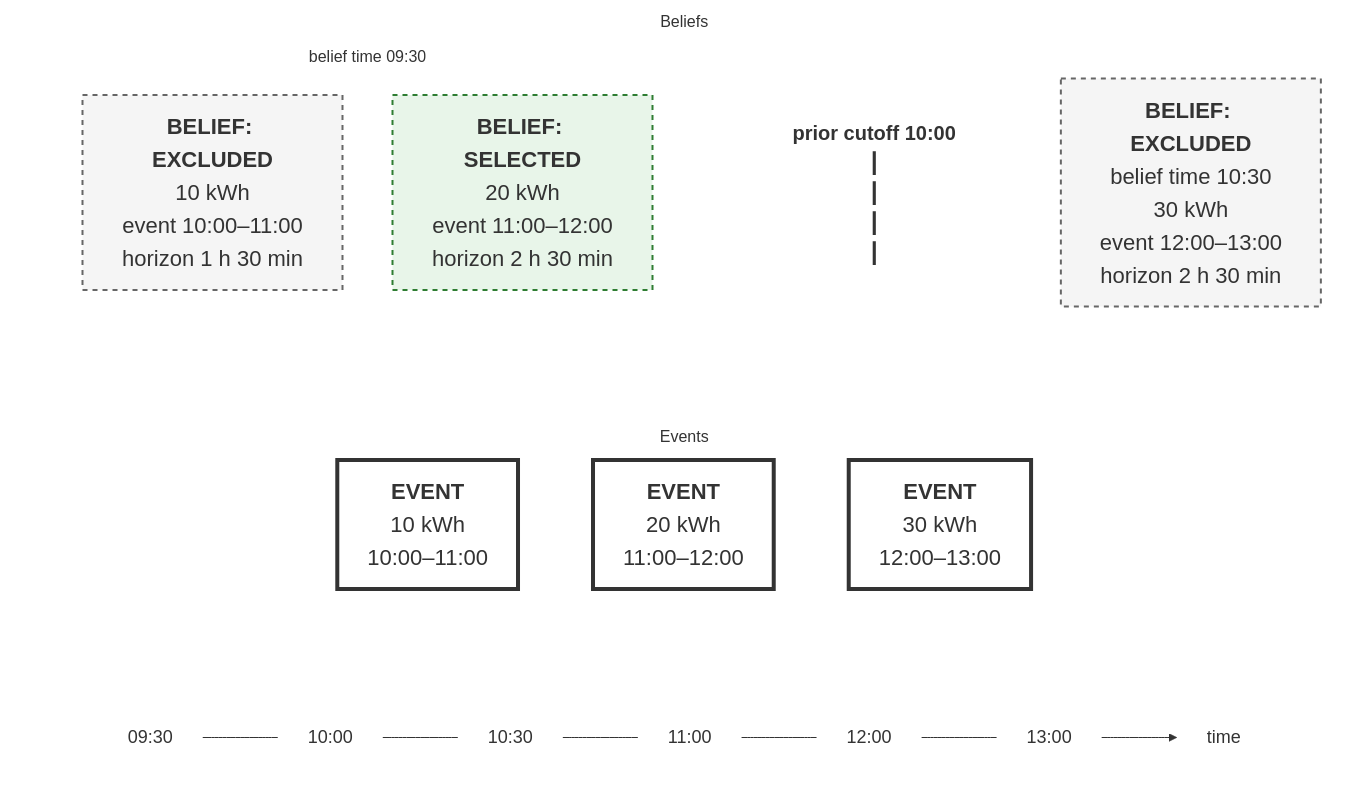
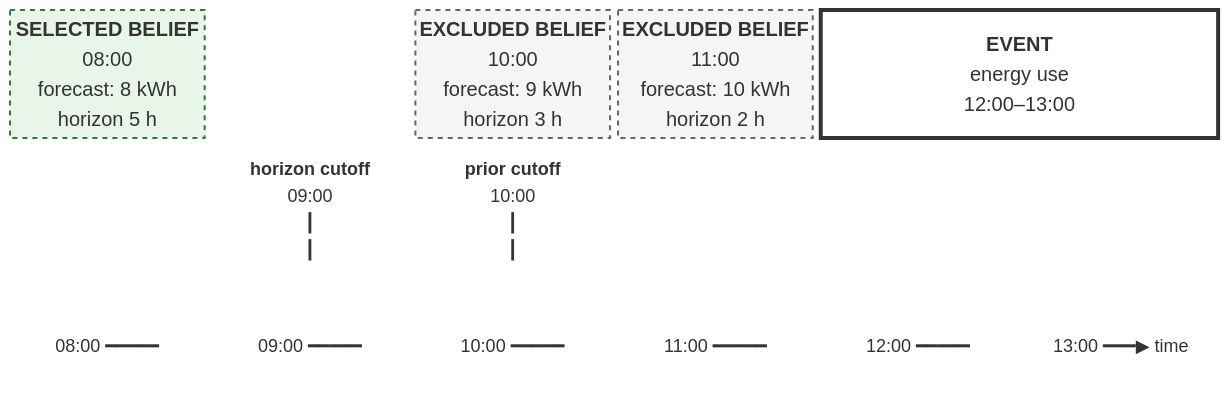
The second of 2 diagrams in documentation/concepts/time-series-and-beliefs.rst (FlexMeasures/flexmeasures), drawn with Mermaid before and after one commit. The commit also changed other lines of this file, not shown here.

Commit message:
docs: simplify belief query example

```diff
--- a/documentation/concepts/time-series-and-beliefs.rst
+++ b/documentation/concepts/time-series-and-beliefs.rst
@@ -144,44 +146,18 @@
 .. mermaid::
 
-   flowchart TB
-       subgraph BELIEFS["Beliefs"]
-           direction LR
-           subgraph SAME_TIME["belief time 09:30"]
-               direction TB
-               B10["<b>BELIEF: EXCLUDED</b><br/>10 kWh<br/>event 10:00–11:00<br/>horizon 1 h 30 min"]
-               B20["<b>BELIEF: SELECTED</b><br/>20 kWh<br/>event 11:00–12:00<br/>horizon 2 h 30 min"]
-           end
-           PRIOR["<b>prior cutoff 10:00</b><br/>┃<br/>┃<br/>┃<br/>┃"]
-           B30["<b>BELIEF: EXCLUDED</b><br/>belief time 10:30<br/>30 kWh<br/>event 12:00–13:00<br/>horizon 2 h 30 min"]
-           B10 ~~~ PRIOR ~~~ B30
-           B20 ~~~ PRIOR
-       end
+   block-beta
+       columns 6
+       B08["<b>SELECTED BELIEF</b><br/>08:00<br/>forecast: 8 kWh<br/>horizon 5 h"] space B10["<b>EXCLUDED BELIEF</b><br/>10:00<br/>forecast: 9 kWh<br/>horizon 3 h"] B11["<b>EXCLUDED BELIEF</b><br/>11:00<br/>forecast: 10 kWh<br/>horizon 2 h"] E["<b>EVENT</b><br/>energy use<br/>12:00–13:00"]:2
+       space HCUT["<b>horizon cutoff</b><br/>09:00<br/>┃<br/>┃"] PCUT["<b>prior cutoff</b><br/>10:00<br/>┃<br/>┃"] space:3
+       T08["08:00 ━━━━━"] T09["09:00 ━━━━━"] T10["10:00 ━━━━━"] T11["11:00 ━━━━━"] T12["12:00 ━━━━━"] T13["13:00 ━━━▶ time"]
 
-       subgraph EVENTS["Events"]
-           direction LR
-           E10["<b>EVENT</b><br/>10 kWh<br/>10:00–11:00"]
-           E20["<b>EVENT</b><br/>20 kWh<br/>11:00–12:00"]
-           E30["<b>EVENT</b><br/>30 kWh<br/>12:00–13:00"]
-           E10 ~~~ E20 ~~~ E30
-       end
-
-       subgraph TIMELINE[" "]
-           direction LR
-           T0930["09:30"] --- T1000["10:00"] --- T1030["10:30"] --- T1100["11:00"] --- T1200["12:00"] --- T1300["13:00"] --> TIME["time"]
-       end
-
-       classDef excludedBelief fill:#f5f5f5,stroke:#666,stroke-width:2px,stroke-dasharray:5 5,font-size:22px
-       classDef selectedBelief fill:#e8f5e9,stroke:#2e7d32,stroke-width:2px,stroke-dasharray:5 5,font-size:22px
-       classDef event fill:#fff,stroke:#333,stroke-width:4px,font-size:22px
-       classDef cutoff fill:transparent,stroke:transparent,font-size:20px
+       classDef excludedBelief fill:#f5f5f5,stroke:#666,stroke-width:2px,stroke-dasharray:5 5,font-size:20px
+       classDef selectedBelief fill:#e8f5e9,stroke:#2e7d32,stroke-width:2px,stroke-dasharray:5 5,font-size:20px
+       classDef event fill:#fff,stroke:#333,stroke-width:4px,font-size:20px
+       classDef cutoff fill:transparent,stroke:transparent,font-size:18px
        classDef tick fill:transparent,stroke:transparent,font-size:18px
-       class B10,B30 excludedBelief
-       class B20 selectedBelief
-       class E10,E20,E30 event
-       class PRIOR cutoff
-       class T0930,T1000,T1030,T1100,T1200,T1300,TIME tick
-       BELIEFS ~~~ EVENTS ~~~ TIMELINE
-       style BELIEFS fill:transparent,stroke:transparent
-       style SAME_TIME fill:transparent,stroke:transparent
-       style EVENTS fill:transparent,stroke:transparent
-       style TIMELINE fill:transparent,stroke:transparent
+       class B10,B11 excludedBelief
+       class B08 selectedBelief
+       class E event
+       class HCUT,PCUT cutoff
+       class T08,T09,T10,T11,T12,T13 tick
```
